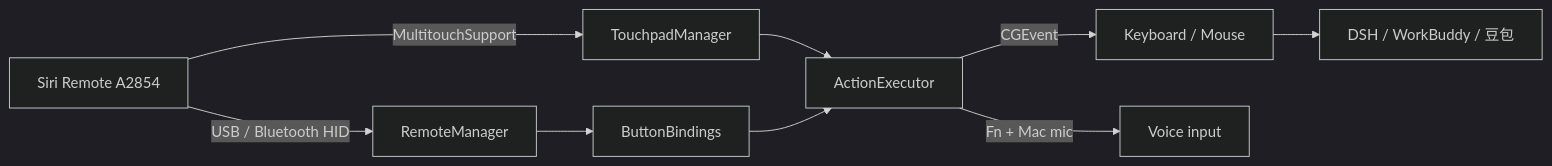
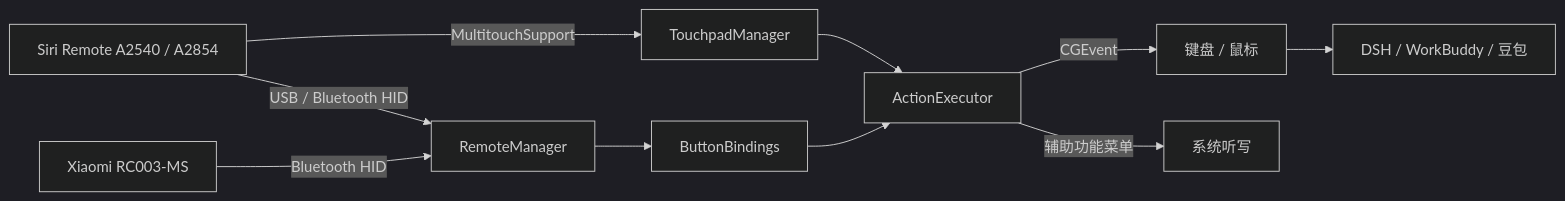
Before and after one commit to ipgtzuo/viberemote: the diagram in README.md, drawn with Mermaid (dark theme). The commit also changed other lines of this file and 5 other files, not shown here.

````diff
--- a/README.md
+++ b/README.md
@@ -68,11 +67,12 @@
 ```mermaid
 flowchart LR
-    R[Siri Remote A2854] -->|USB / Bluetooth HID| H[RemoteManager]
-    R -->|MultitouchSupport| T[TouchpadManager]
+    A[Siri Remote A2540 / A2854] -->|USB / Bluetooth HID| H[RemoteManager]
+    X[Xiaomi RC003-MS] -->|Bluetooth HID| H
+    A -->|MultitouchSupport| T[TouchpadManager]
     H --> B[ButtonBindings]
     T --> E[ActionExecutor]
     B --> E
-    E -->|CGEvent| K[Keyboard / Mouse]
-    E -->|Fn + Mac mic| V[Voice input]
+    E -->|CGEvent| K[键盘 / 鼠标]
+    E -->|辅助功能菜单| V[系统听写]
     K --> D[DSH / WorkBuddy / 豆包]
 ```
````
